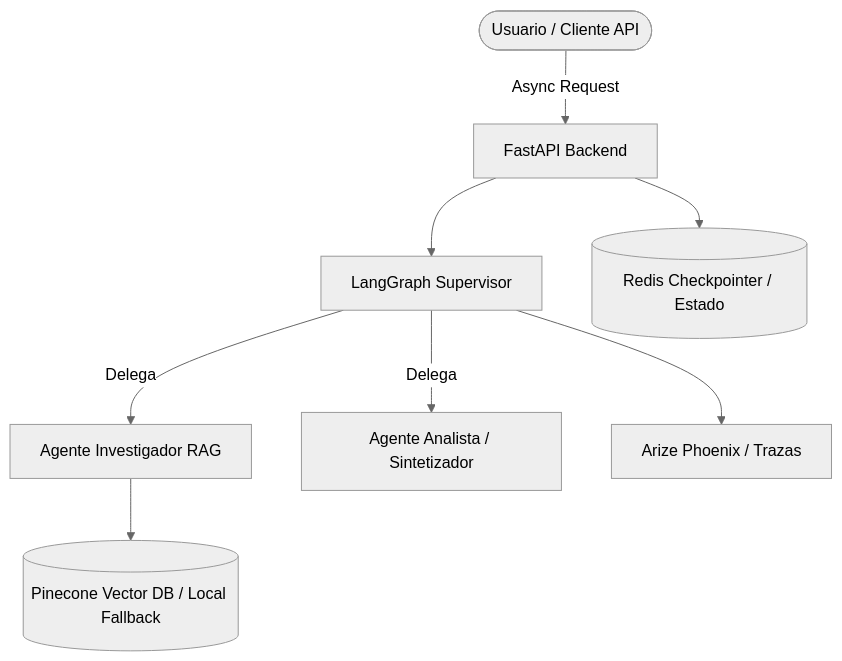
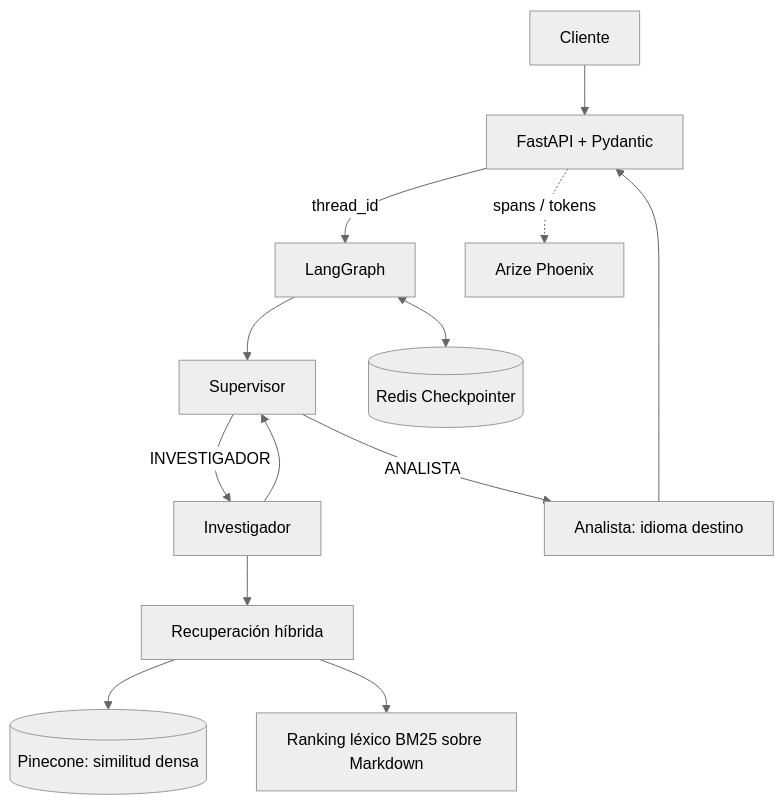
Before and after one commit to diegofziegler/entrega_7: the diagram in README.md, drawn with Mermaid (neutral theme). The commit also changed other lines of this file and 37 other files, not shown here.

````diff
--- a/README.md
+++ b/README.md
@@ -17,10 +7,15 @@
 ```mermaid
-graph TD  
-    User([Usuario / Cliente API]) -->|Async Request| FastAPI[FastAPI Backend]  
-    FastAPI --> Supervisor[LangGraph Supervisor]  
-    Supervisor -->|Delega| Agent1[Agente Investigador RAG]  
-    Supervisor -->|Delega| Agent2[Agente Analista / Sintetizador]
-    Agent1 --> Pinecone[(Pinecone Vector DB / Local Fallback)]
-    FastAPI --> Redis[(Redis Checkpointer / Estado)]  
-    Supervisor --> Phoenix[Arize Phoenix / Trazas]
+flowchart TD
+    U[Cliente] --> API[FastAPI + Pydantic]
+    API -->|thread_id| G[LangGraph]
+    G --> S[Supervisor]
+    S -->|INVESTIGADOR| R[Investigador]
+    R --> H[Recuperación híbrida]
+    H --> P[(Pinecone: similitud densa)]
+    H --> L[Ranking léxico BM25 sobre Markdown]
+    R --> S
+    S -->|ANALISTA| A[Analista: idioma destino]
+    A --> API
+    G <--> RC[(Redis Checkpointer)]
+    API -. spans / tokens .-> PH[Arize Phoenix]
 ```
````
